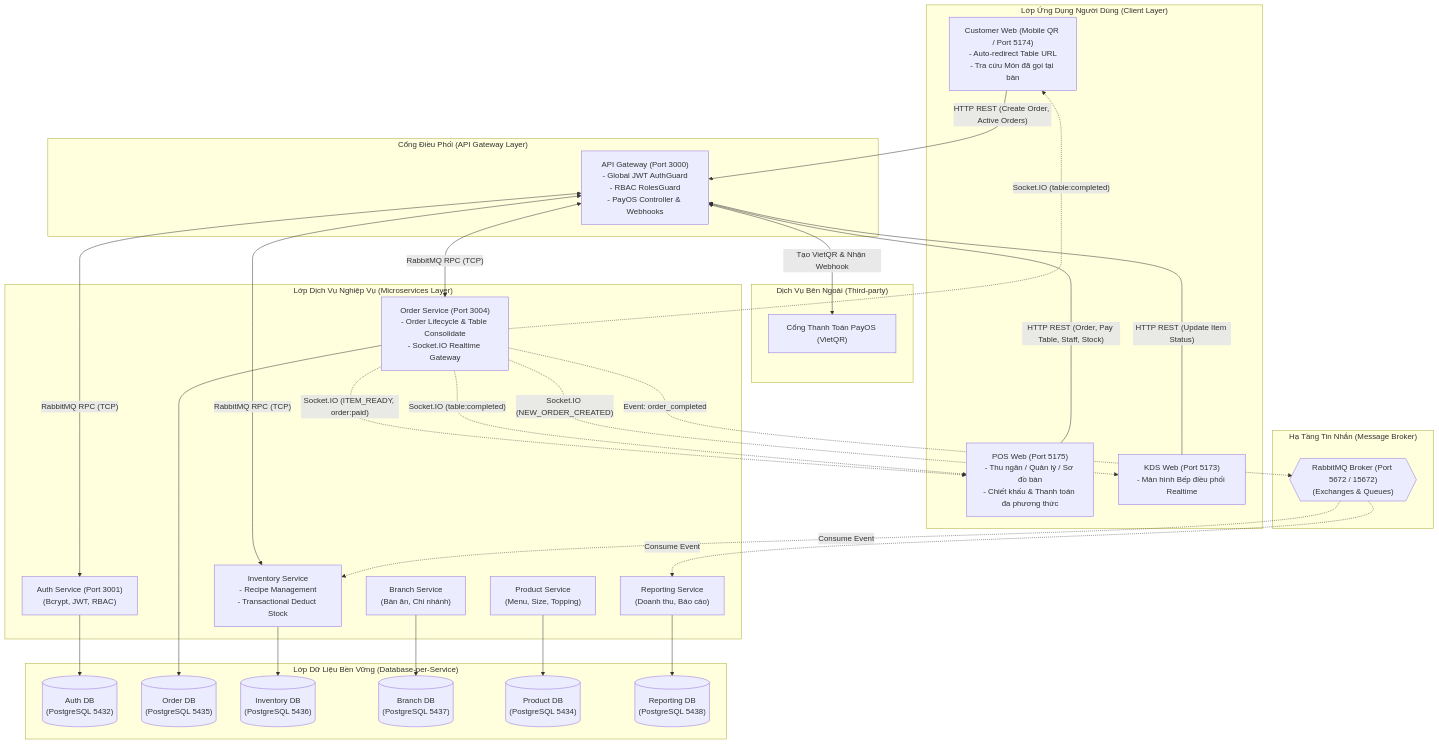
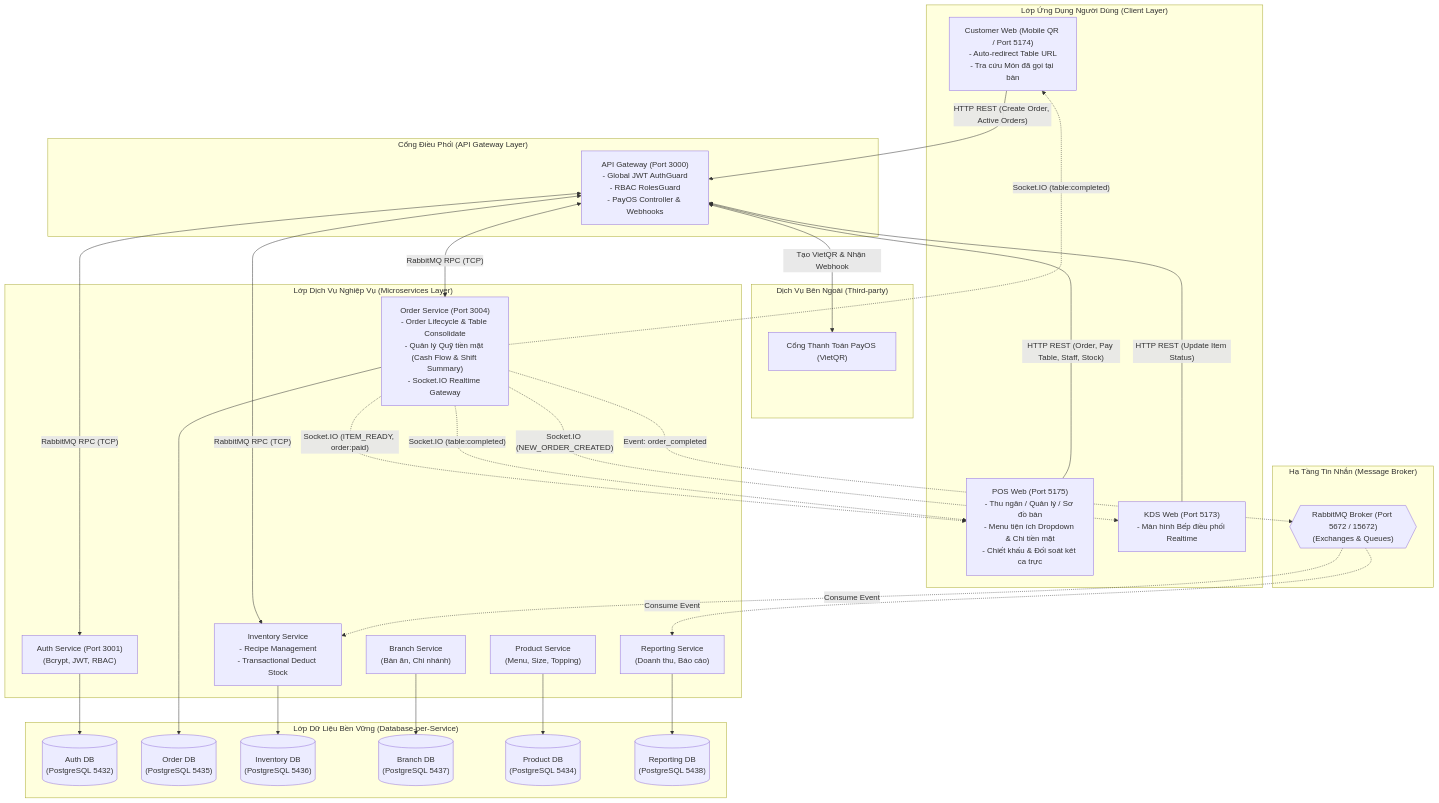
One commit to pnwang1704/KLTN_N70 changed the first of 2 diagrams in docs/ARCHITECTURE.md. Above: the diagram before and after it, drawn with Mermaid. The commit also changed other lines of this file and 4 other files, not shown here.

Commit message:
docs: update technical specifications for shift management, cash out expenses, and shift reconciliation

````diff
--- a/docs/ARCHITECTURE.md
+++ b/docs/ARCHITECTURE.md
@@ -9,76 +9,76 @@
 ```mermaid
 graph TB
     %% Client Layer
     subgraph Clients ["Lớp Ứng Dụng Người Dùng (Client Layer)"]
         CW["Customer Web (Mobile QR / Port 5174)<br/>- Auto-redirect Table URL<br/>- Tra cứu Món đã gọi tại bàn"]
-        POS["POS Web (Port 5175)<br/>- Thu ngân / Quản lý / Sơ đồ bàn<br/>- Chiết khấu & Thanh toán đa phương thức"]
+        POS["POS Web (Port 5175)<br/>- Thu ngân / Quản lý / Sơ đồ bàn<br/>- Menu tiện ích Dropdown & Chi tiền mặt<br/>- Chiết khấu & Đối soát két ca trực"]
         KDS["KDS Web (Port 5173)<br/>- Màn hình Bếp điều phối Realtime"]
     end
 
     %% External Services
     subgraph External ["Dịch Vụ Bên Ngoài (Third-party)"]
         PayOS["Cổng Thanh Toán PayOS (VietQR)"]
     end
 
     %% API Gateway Layer
     subgraph Gateway ["Cổng Điều Phối (API Gateway Layer)"]
         GW["API Gateway (Port 3000)<br/>- Global JWT AuthGuard<br/>- RBAC RolesGuard<br/>- PayOS Controller & Webhooks"]
     end
 
     %% Message Broker
     subgraph Broker ["Hạ Tầng Tin Nhắn (Message Broker)"]
         RMQ{{"RabbitMQ Broker (Port 5672 / 15672)<br/>(Exchanges & Queues)"}}
     end
 
     %% Microservices Layer
     subgraph Services ["Lớp Dịch Vụ Nghiệp Vụ (Microservices Layer)"]
         AS["Auth Service (Port 3001)<br/>(Bcrypt, JWT, RBAC)"]
-        OS["Order Service (Port 3004)<br/>- Order Lifecycle & Table Consolidate<br/>- Socket.IO Realtime Gateway"]
+        OS["Order Service (Port 3004)<br/>- Order Lifecycle & Table Consolidate<br/>- Quản lý Quỹ tiền mặt (Cash Flow & Shift Summary)<br/>- Socket.IO Realtime Gateway"]
         IS["Inventory Service<br/>- Recipe Management<br/>- Transactional Deduct Stock"]
         BS["Branch Service<br/>(Bàn ăn, Chi nhánh)"]
         PS["Product Service<br/>(Menu, Size, Topping)"]
         RS["Reporting Service<br/>(Doanh thu, Báo cáo)"]
     end
 
     %% Database Layer
     subgraph Databases ["Lớp Dữ Liệu Bền Vững (Database-per-Service)"]
         DB1[("Auth DB<br/>(PostgreSQL 5432)")]
         DB2[("Order DB<br/>(PostgreSQL 5435)")]
         DB3[("Inventory DB<br/>(PostgreSQL 5436)")]
         DB4[("Branch DB<br/>(PostgreSQL 5437)")]
         DB5[("Product DB<br/>(PostgreSQL 5434)")]
         DB6[("Reporting DB<br/>(PostgreSQL 5438)")]
     end
 
     %% Client Interactions
     CW -->|"HTTP REST (Create Order, Active Orders)"| GW
     POS -->|"HTTP REST (Order, Pay Table, Staff, Stock)"| GW
     KDS -->|"HTTP REST (Update Item Status)"| GW
 
     %% Realtime WebSocket
     OS -.->|"Socket.IO (NEW_ORDER_CREATED)"| KDS
     OS -.->|"Socket.IO (ITEM_READY, order:paid)"| POS
     OS -.->|"Socket.IO (table:completed)"| CW
     OS -.->|"Socket.IO (table:completed)"| POS
 
     %% External PayOS Integration
     GW <-->|"Tạo VietQR & Nhận Webhook"| PayOS
 
     %% Gateway to Microservices (RPC via RabbitMQ)
     GW <-->|"RabbitMQ RPC (TCP)"| AS
     GW <-->|"RabbitMQ RPC (TCP)"| OS
     GW <-->|"RabbitMQ RPC (TCP)"| IS
 
     %% Event Pub/Sub
     OS -.->|"Event: order_completed"| RMQ
     RMQ -.->|"Consume Event"| IS
     RMQ -.->|"Consume Event"| RS
 
     %% Database Connections
     AS --> DB1
     OS --> DB2
     IS --> DB3
     BS --> DB4
     PS --> DB5
     RS --> DB6
 ```
````
